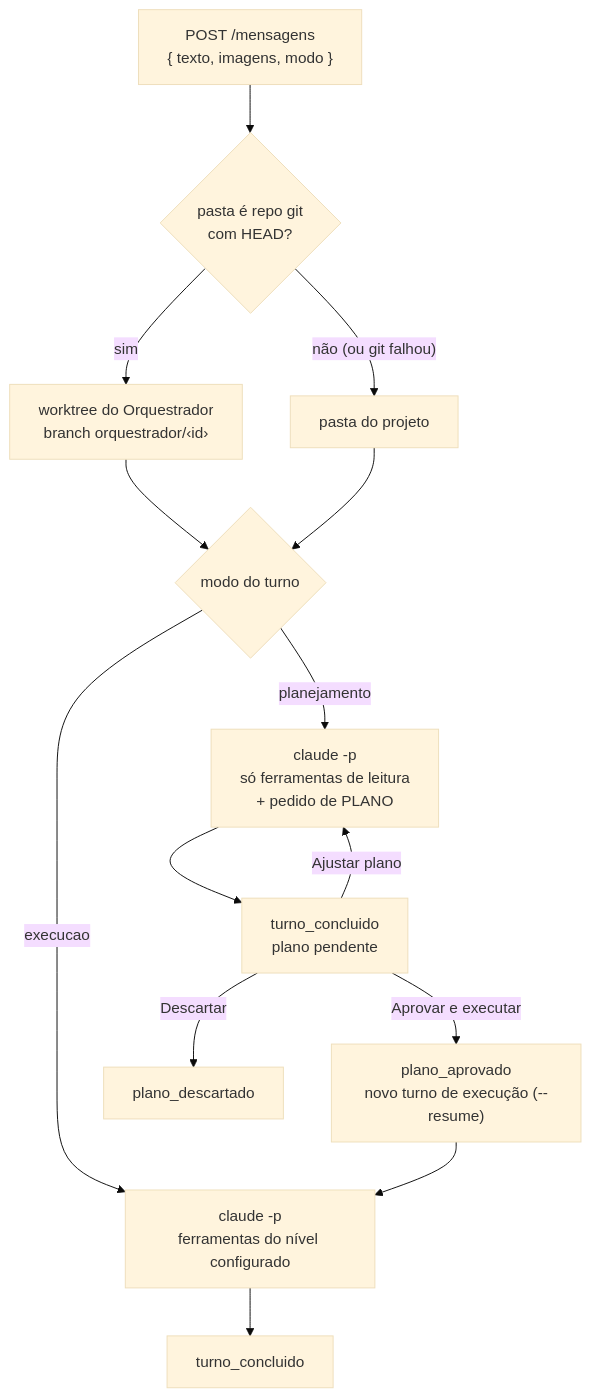
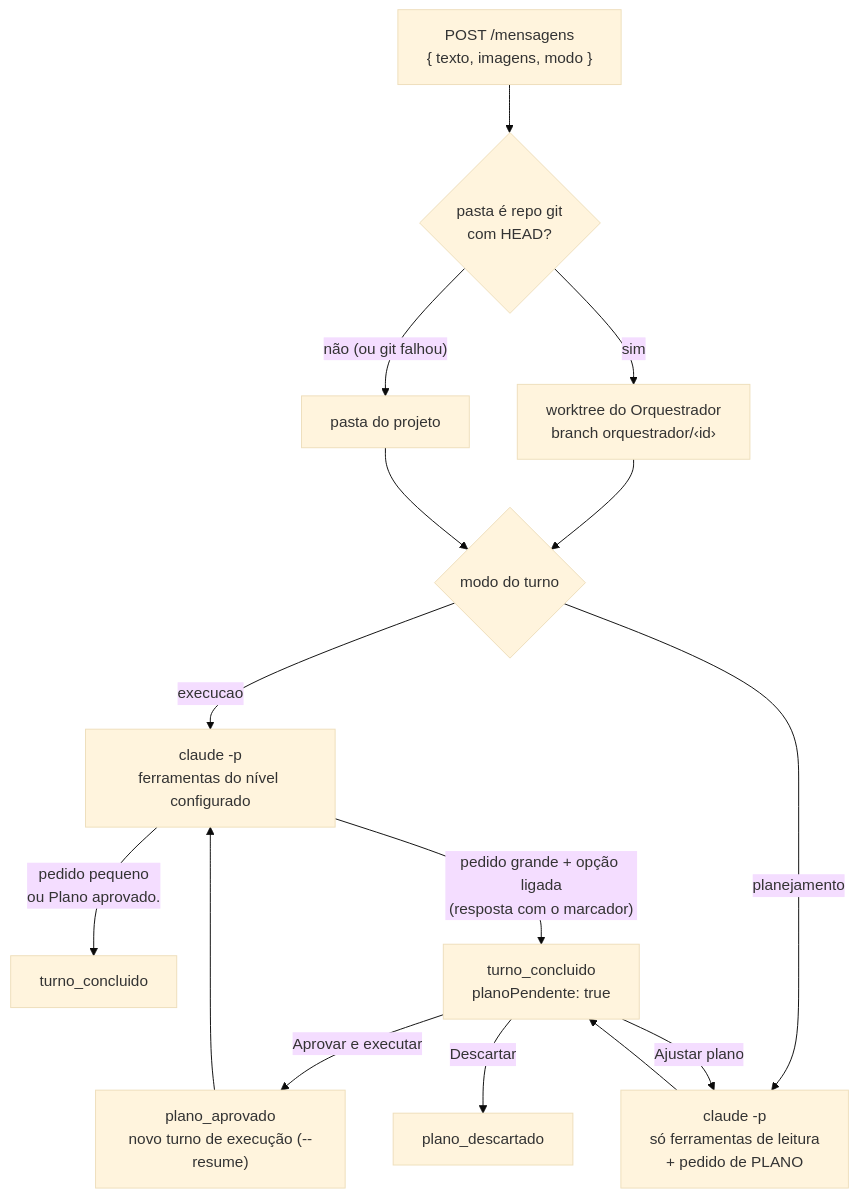
Before and after one commit to Le3Dev/orquestrador-app: the second of 2 diagrams in README.md, drawn with Mermaid (base theme). The commit also changed other lines of this file, not shown here.

First line of the commit message:
docs: README com /clear, delegação sob demanda, plano automático e reacomodação dos bixinhos

````diff
--- a/README.md
+++ b/README.md
@@ -200,16 +236,17 @@
 ```mermaid
 flowchart TD
   P["POST /mensagens<br/>{ texto, imagens, modo }"] --> G{"pasta é repo git<br/>com HEAD?"}
   G -- sim --> WT["worktree do Orquestrador<br/>branch orquestrador/‹id›"]
   G -- "não (ou git falhou)" --> PP[pasta do projeto]
   WT --> M{modo do turno}
   PP --> M
   M -- execucao --> E["claude -p<br/>ferramentas do nível configurado"]
   M -- planejamento --> L["claude -p<br/>só ferramentas de leitura<br/>+ pedido de PLANO"]
-  E --> C[turno_concluido]
-  L --> PL["turno_concluido<br/>plano pendente"]
+  E -- "pedido pequeno<br/>ou Plano aprovado." --> C[turno_concluido]
+  E -- "pedido grande + opção ligada<br/>(resposta com o marcador)" --> PL
+  L --> PL["turno_concluido<br/>planoPendente: true"]
   PL -- "Aprovar e executar" --> AP["plano_aprovado<br/>novo turno de execução (--resume)"]
   AP --> E
   PL -- "Ajustar plano" --> L
   PL -- Descartar --> D[plano_descartado]
 ```
````
